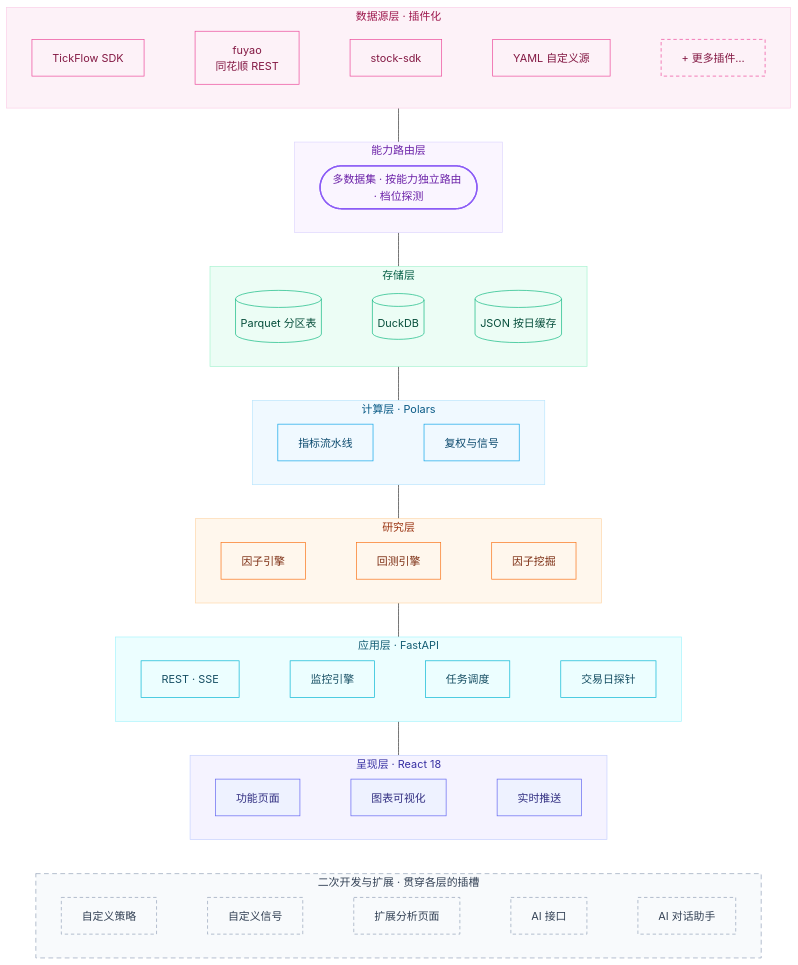
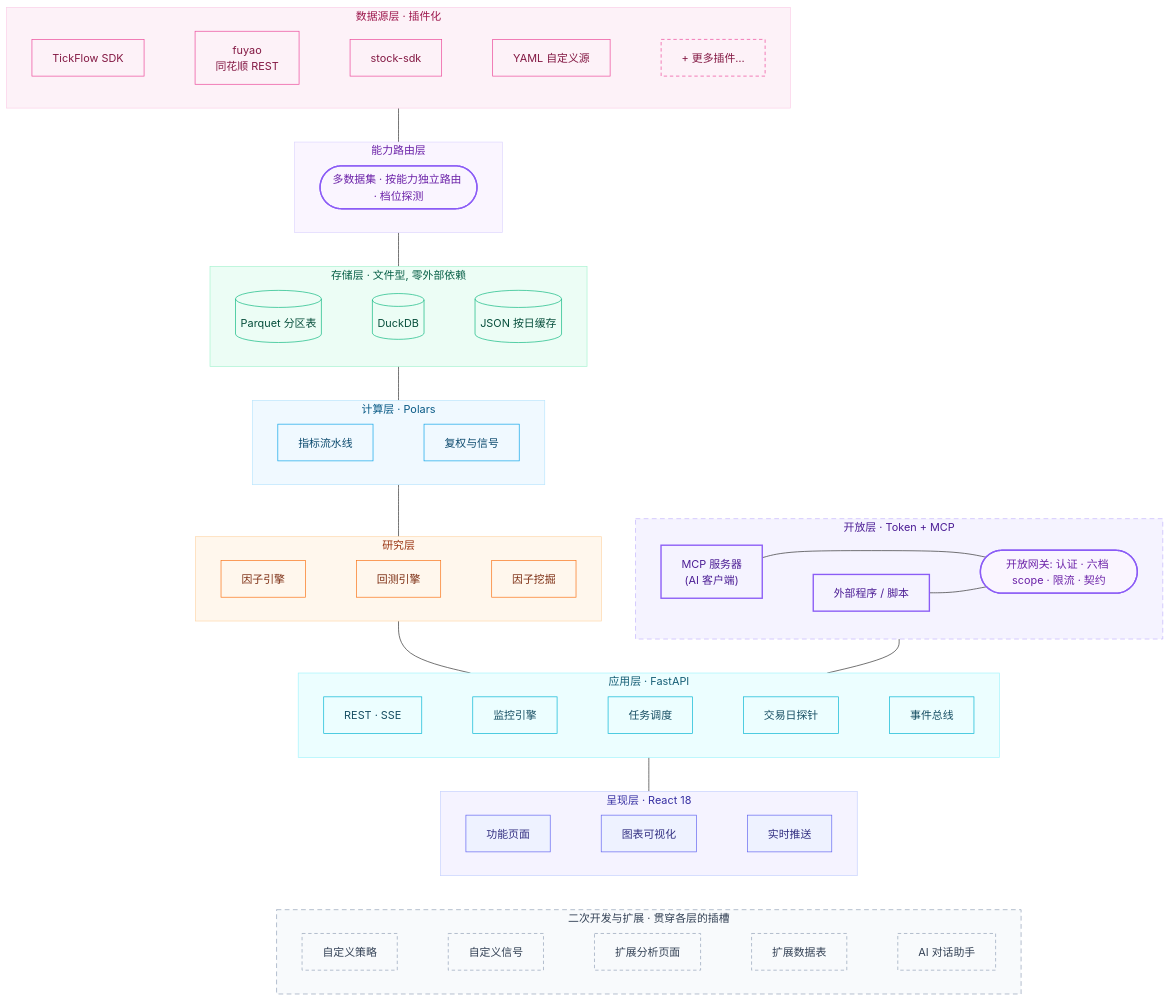
The diagram in README.md (GiannisLiu/tick-stock-panel), drawn with Mermaid before and after one commit. The commit also changed other lines of this file, not shown here.

First line of the commit message:
docs(readme): 重新设计 — 开放能力入列, 新增性能板块, 架构图补开放层

````diff
--- a/README.md
+++ b/README.md
@@ -277,5 +316,11 @@
 ```mermaid
 flowchart TB
+    subgraph OPEN["开放层 · Token + MCP"]
+        direction LR
+        M1["MCP 服务器<br/>(AI 客户端)"] ~~~ M2["外部程序 / 脚本"]
+        M3(["开放网关: 认证 · 六档 scope · 限流 · 契约"])
+    end
+
     subgraph DATA["数据源层 · 插件化"]
         direction LR
         D1["TickFlow SDK"] ~~~ D2["fuyao<br/>同花顺 REST"] ~~~ D3["stock-sdk"] ~~~ D4["YAML 自定义源"] ~~~ D5["+ 更多插件…"]
@@ -286,7 +331,7 @@
         R(["多数据集 · 按能力独立路由 · 档位探测"])
     end
 
-    subgraph STORE["存储层"]
+    subgraph STORE["存储层 · 文件型, 零外部依赖"]
         direction LR
         ST1[("Parquet 分区表")] ~~~ ST2[("DuckDB")] ~~~ ST3[("JSON 按日缓存")]
     end
@@ -303,7 +348,7 @@
 
     subgraph SVC["应用层 · FastAPI"]
         direction LR
-        S1["REST · SSE"] ~~~ S2["监控引擎"] ~~~ S3["任务调度"] ~~~ S4["交易日探针"]
+        S1["REST · SSE"] ~~~ S2["监控引擎"] ~~~ S3["任务调度"] ~~~ S4["交易日探针"] ~~~ S5["事件总线"]
     end
 
     subgraph FE["呈现层 · React 18"]
@@ -313,9 +358,12 @@
 
     subgraph EXT["二次开发与扩展 · 贯穿各层的插槽"]
         direction LR
-        X1["自定义策略"] ~~~ X2["自定义信号"] ~~~ X3["扩展分析页面"] ~~~ X4["AI 接口"] ~~~ X5["AI 对话助手"]
+        X1["自定义策略"] ~~~ X2["自定义信号"] ~~~ X3["扩展分析页面"] ~~~ X4["扩展数据表"] ~~~ X5["AI 对话助手"]
     end
 
+    M1 --- M3
+    M2 --- M3
+    M3 --- SVC
     DATA --- ROUTE
     ROUTE --- STORE
     STORE --- CALC
@@ -324,6 +372,7 @@
     SVC --- FE
     FE ~~~ EXT
 
+    classDef open fill:#f5f3ff,stroke:#8b5cf6,color:#4c1d95,stroke-width:2px
     classDef fe fill:#eef2ff,stroke:#6366f1,color:#312e81
     classDef svc fill:#ecfeff,stroke:#06b6d4,color:#164e63
     classDef res fill:#fff7ed,stroke:#f97316,color:#7c2d12
@@ -334,8 +383,10 @@
     classDef route fill:#faf5ff,stroke:#8b5cf6,color:#6b21a8,stroke-width:2px
     classDef ext fill:#f8fafc,stroke:#94a3b8,color:#334155,stroke-dasharray:5 4
 
+    class M1,M2 open
+    class M3 route
     class F1,F2,F3 fe
-    class S1,S2,S3,S4 svc
+    class S1,S2,S3,S4,S5 svc
     class G1,G2,G3 res
     class C1,C2 calc
     class ST1,ST2,ST3 store
@@ -344,6 +395,7 @@
     class R route
     class X1,X2,X3,X4,X5 ext
 
+    style OPEN fill:#f5f3ff,stroke:#c4b5fd,color:#4c1d95,stroke-dasharray:7 5
     style FE fill:#f5f3ff,stroke:#c7d2fe,color:#3730a3
     style SVC fill:#ecfeff,stroke:#a5f3fc,color:#155e75
     style RES fill:#fff7ed,stroke:#fed7aa,color:#9a3412
````
